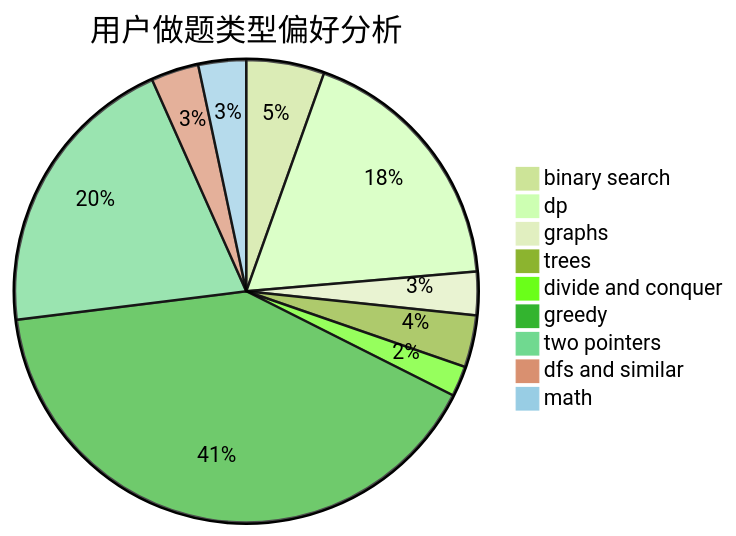
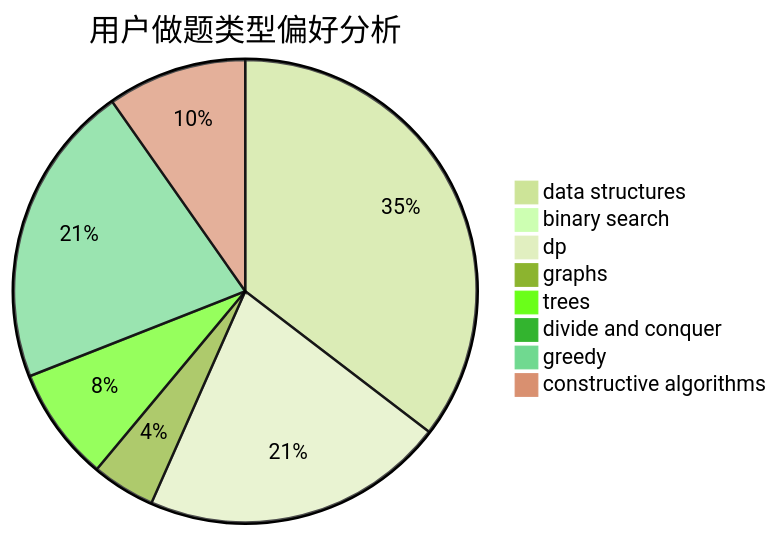
The second of 3 diagrams in docs/user/u2160.md (sherpahu/cfrs.github.io), drawn with Mermaid (forest theme) before and after one commit. The commit also changed other lines of this file and 2775 other files, not shown here.

````diff
--- a/docs/user/u2160.md
+++ b/docs/user/u2160.md
@@ -23,12 +23,11 @@
 ```mermaid
 pie title 用户做题类型偏好分析
-    "binary search" :  18
-    "dp" :  60
-    "graphs" :  10
-    "trees" :  12
-    "divide and conquer" :  7
-    "greedy" :  134
-    "two pointers" :  67
-    "dfs and similar" :  11
-    "math" :  11
+    "data structures" :  40
+    "binary search" :  1
+    "dp" :  24
+    "graphs" :  5
+    "trees" :  9
+    "divide and conquer" :  0
+    "greedy" :  24
+    "constructive algorithms" :  11
 ```
````
